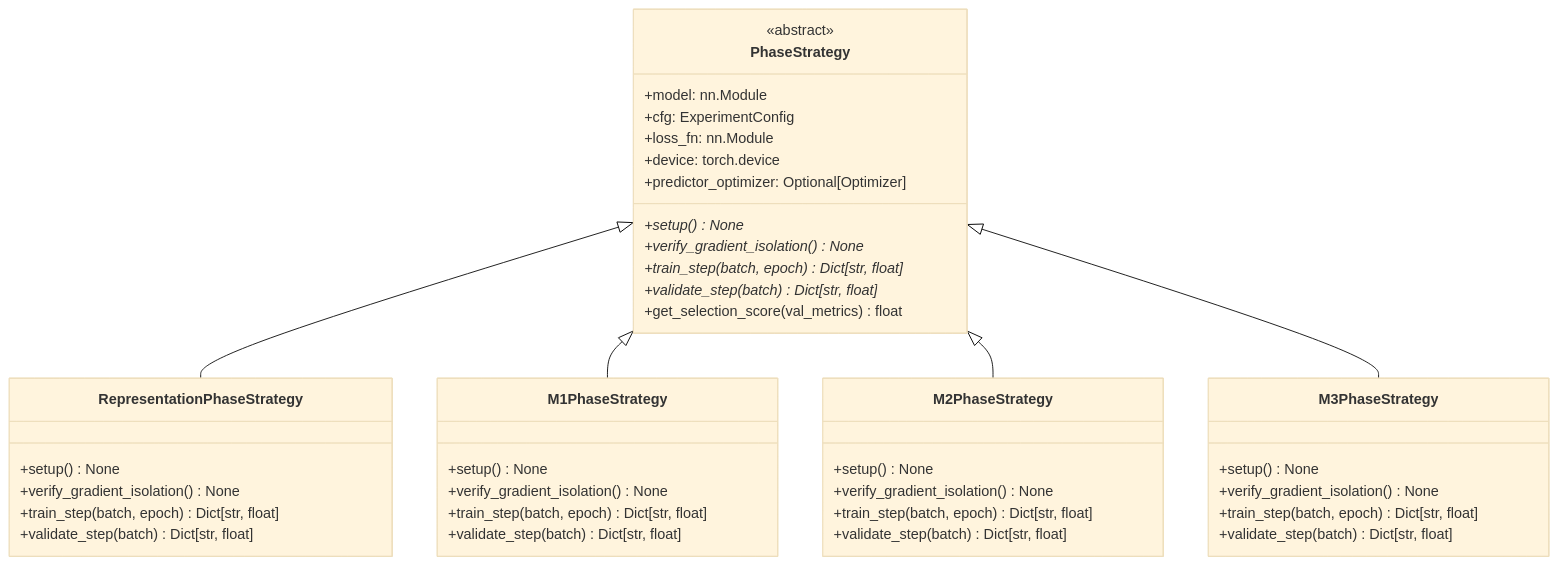
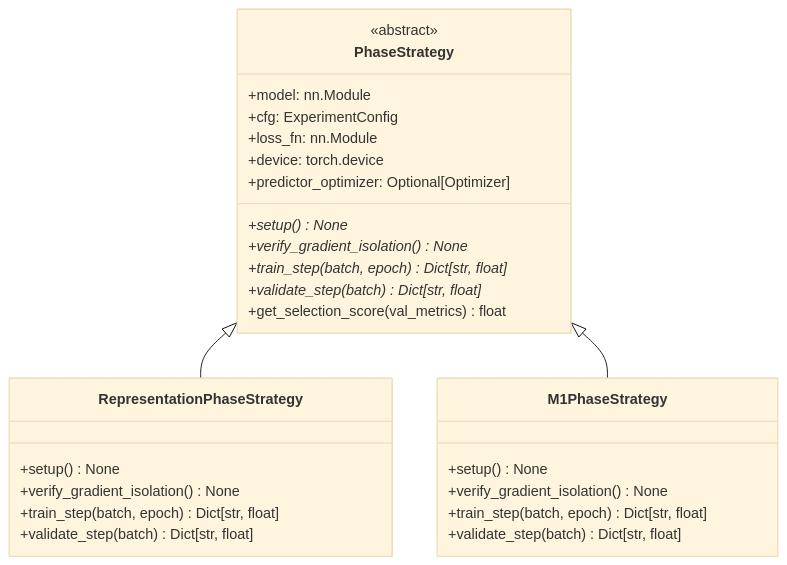
Before and after one commit to Mattia-Maiorano/Spiking-Neural_Novelty: the diagram in docs/TRAINING_AND_LOSSES.md, drawn with Mermaid (base theme). The commit also changed other lines of this file and 71 other files, not shown here.

````diff
--- a/docs/TRAINING_AND_LOSSES.md
+++ b/docs/TRAINING_AND_LOSSES.md
@@ -11,49 +11,33 @@
 ```mermaid
 classDiagram
     class PhaseStrategy {
         <<abstract>>
         +model: nn.Module
         +cfg: ExperimentConfig
         +loss_fn: nn.Module
         +device: torch.device
         +predictor_optimizer: Optional[Optimizer]
         +setup()* None
         +verify_gradient_isolation()* None
         +train_step(batch, epoch)* Dict[str, float]
         +validate_step(batch)* Dict[str, float]
         +get_selection_score(val_metrics) float
     }
 
     class RepresentationPhaseStrategy {
         +setup() None
         +verify_gradient_isolation() None
         +train_step(batch, epoch) Dict[str, float]
         +validate_step(batch) Dict[str, float]
     }
 
     class M1PhaseStrategy {
         +setup() None
         +verify_gradient_isolation() None
         +train_step(batch, epoch) Dict[str, float]
         +validate_step(batch) Dict[str, float]
     }
 
-    class M2PhaseStrategy {
-        +setup() None
-        +verify_gradient_isolation() None
-        +train_step(batch, epoch) Dict[str, float]
-        +validate_step(batch) Dict[str, float]
-    }
-
-    class M3PhaseStrategy {
-        +setup() None
-        +verify_gradient_isolation() None
-        +train_step(batch, epoch) Dict[str, float]
-        +validate_step(batch) Dict[str, float]
-    }
-
     PhaseStrategy <|-- RepresentationPhaseStrategy
     PhaseStrategy <|-- M1PhaseStrategy
-    PhaseStrategy <|-- M2PhaseStrategy
-    PhaseStrategy <|-- M3PhaseStrategy
 ```
````
